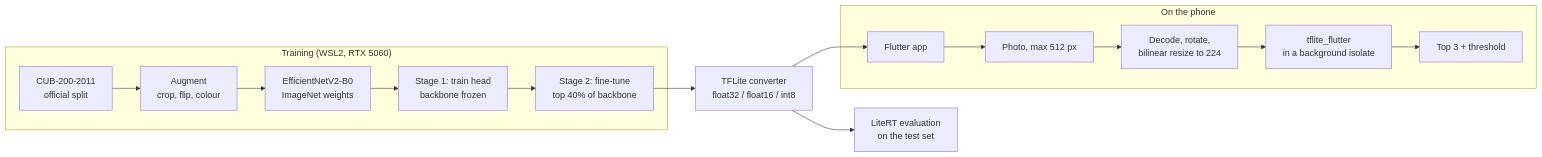
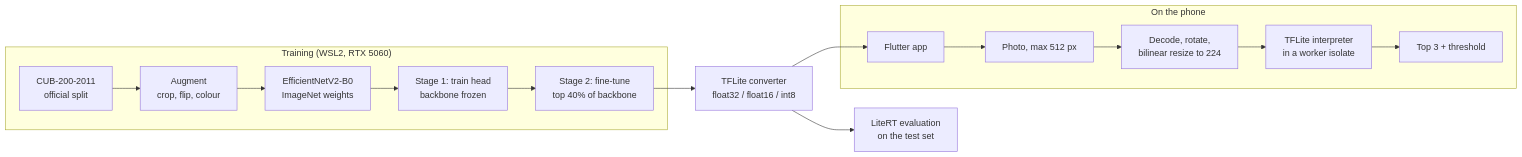
The diagram in README.md (Lagatorase/birdlens), drawn with Mermaid before and after one commit. The commit also changed other lines of this file and 12 other files, not shown here.

````diff
--- a/README.md
+++ b/README.md
@@ -23,16 +38,16 @@
 ```mermaid
 flowchart LR
     subgraph Training ["Training (WSL2, RTX 5060)"]
         A[CUB-200-2011<br/>official split] --> B[Augment<br/>crop, flip, colour]
         B --> C[EfficientNetV2-B0<br/>ImageNet weights]
         C --> D[Stage 1: train head<br/>backbone frozen]
         D --> E[Stage 2: fine-tune<br/>top 40% of backbone]
     end
     E --> F[TFLite converter<br/>float32 / float16 / int8]
     F --> G[LiteRT evaluation<br/>on the test set]
     F --> H[Flutter app]
     subgraph Phone ["On the phone"]
         H --> I[Photo, max 512 px] --> J[Decode, rotate,<br/>bilinear resize to 224]
-        J --> K[tflite_flutter<br/>in a background isolate] --> L[Top 3 + threshold]
+        J --> K[TFLite interpreter<br/>in a worker isolate] --> L[Top 3 + threshold]
     end
 ```
````
